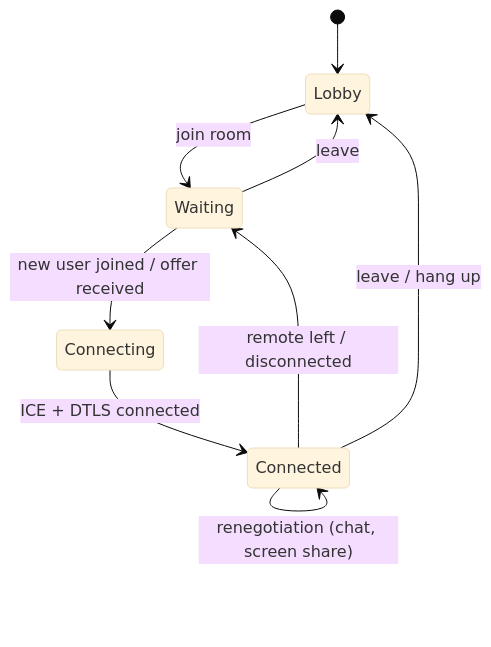
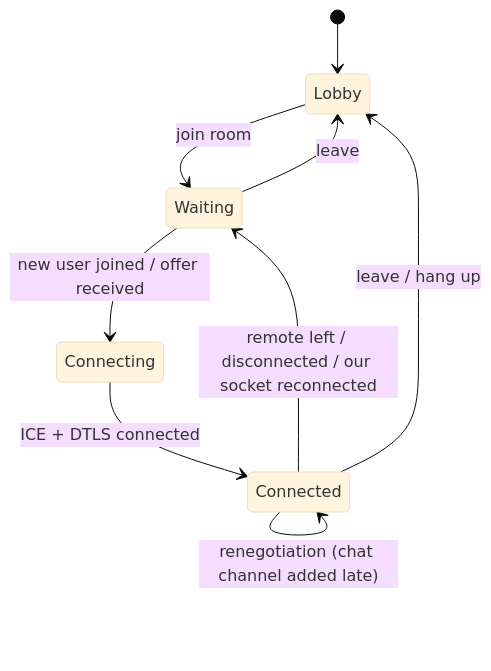
One commit to maitrungduc1410/WebRTC-Demo changed the fourth of 18 diagrams in ARCHITECTURE.md. Above: the diagram before and after it, drawn with Mermaid (base theme). The commit also changed other lines of this file and 127 other files, not shown here.

````diff
--- a/ARCHITECTURE.md
+++ b/ARCHITECTURE.md
@@ -171,11 +193,11 @@
 ```mermaid
 stateDiagram-v2
     [*] --> Lobby
     Lobby --> Waiting: join room
     Waiting --> Connecting: new user joined / offer received
     Connecting --> Connected: ICE + DTLS connected
-    Connected --> Connected: renegotiation (chat, screen share)
-    Connected --> Waiting: remote left / disconnected
+    Connected --> Connected: renegotiation (chat channel added late)
+    Connected --> Waiting: remote left / disconnected / our socket reconnected
     Connected --> Lobby: leave / hang up
     Waiting --> Lobby: leave
 ```
````
